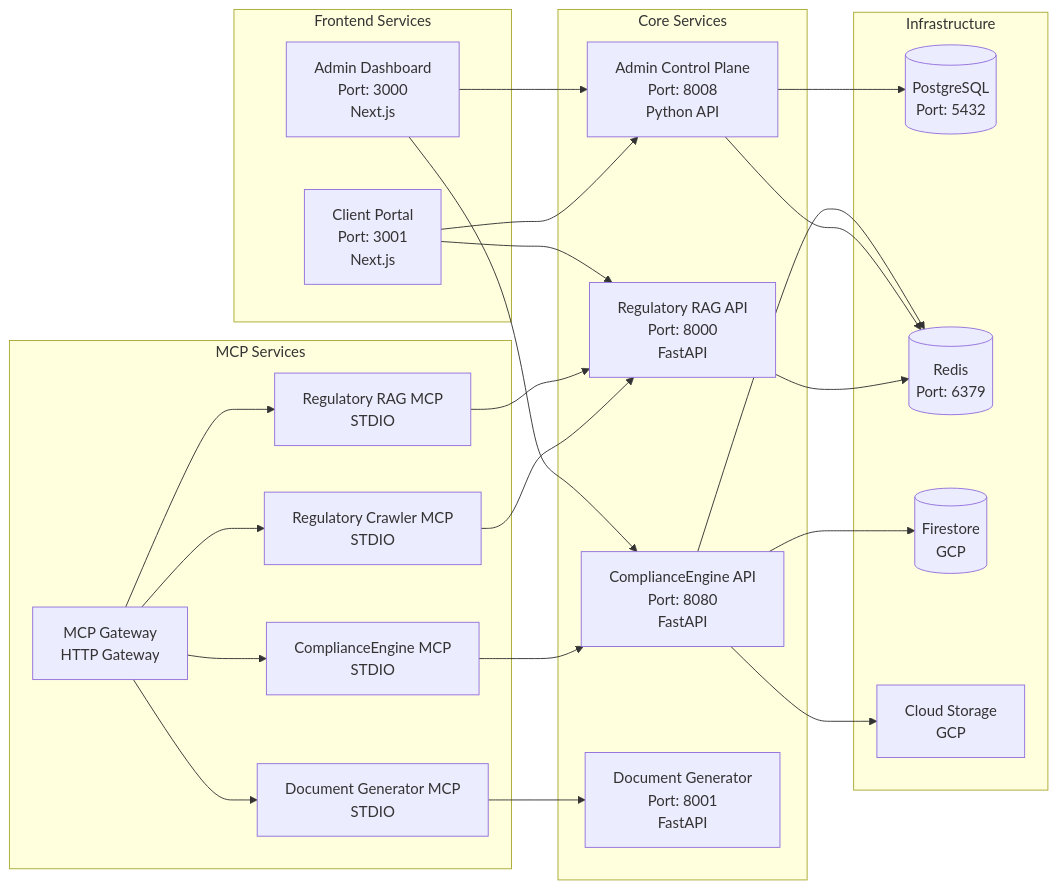
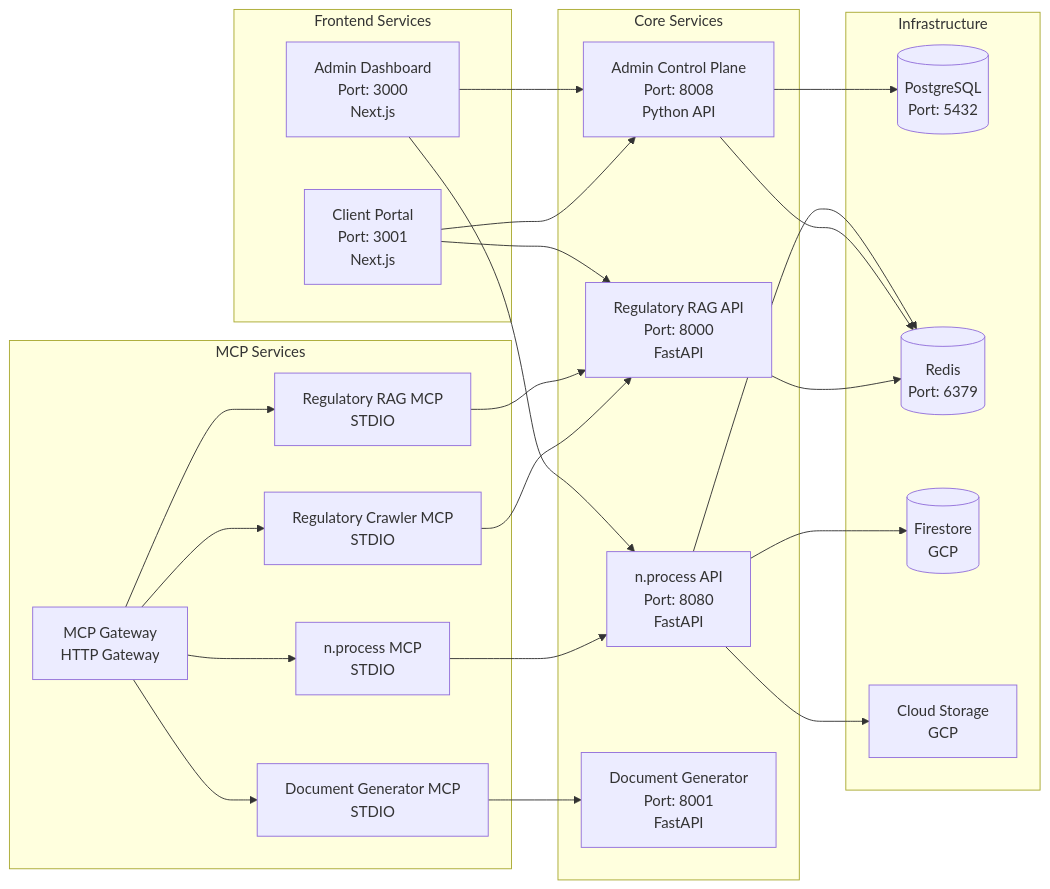
The third of 12 diagrams in README.md (resper1965/nprocess), drawn with Mermaid before and after one commit. The commit also changed other lines of this file and 43 other files, not shown here.

First line of the commit message:
refactor: rebrand from ComplianceEngine to n.process

````diff
--- a/README.md
+++ b/README.md
@@ -123,49 +123,49 @@
 ```mermaid
 graph LR
     subgraph "Core Services"
-        A[ComplianceEngine API<br/>Port: 8080<br/>FastAPI]
+        A[n.process API<br/>Port: 8080<br/>FastAPI]
         B[Admin Control Plane<br/>Port: 8008<br/>Python API]
         C[Regulatory RAG API<br/>Port: 8000<br/>FastAPI]
         D[Document Generator<br/>Port: 8001<br/>FastAPI]
     end
 
     subgraph "Frontend Services"
         E[Admin Dashboard<br/>Port: 3000<br/>Next.js]
         F[Client Portal<br/>Port: 3001<br/>Next.js]
     end
 
     subgraph "MCP Services"
         G[MCP Gateway<br/>HTTP Gateway]
-        H[ComplianceEngine MCP<br/>STDIO]
+        H[n.process MCP<br/>STDIO]
         I[Regulatory RAG MCP<br/>STDIO]
         J[Document Generator MCP<br/>STDIO]
         K[Regulatory Crawler MCP<br/>STDIO]
     end
 
     subgraph "Infrastructure"
         L[(PostgreSQL<br/>Port: 5432)]
         M[(Redis<br/>Port: 6379)]
         N[(Firestore<br/>GCP)]
         O[Cloud Storage<br/>GCP]
     end
 
     E --> A
     E --> B
     F --> B
     F --> C
     G --> H
     G --> I
     G --> J
     G --> K
     H --> A
     I --> C
     J --> D
     K --> C
     
     A --> N
     A --> M
     B --> L
     B --> M
     C --> M
     A --> O
 ```
````
